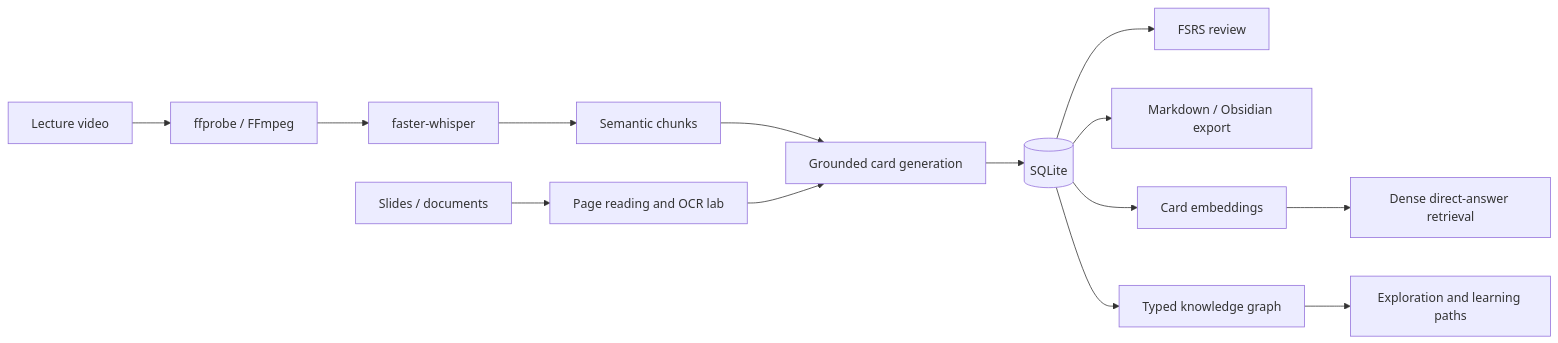
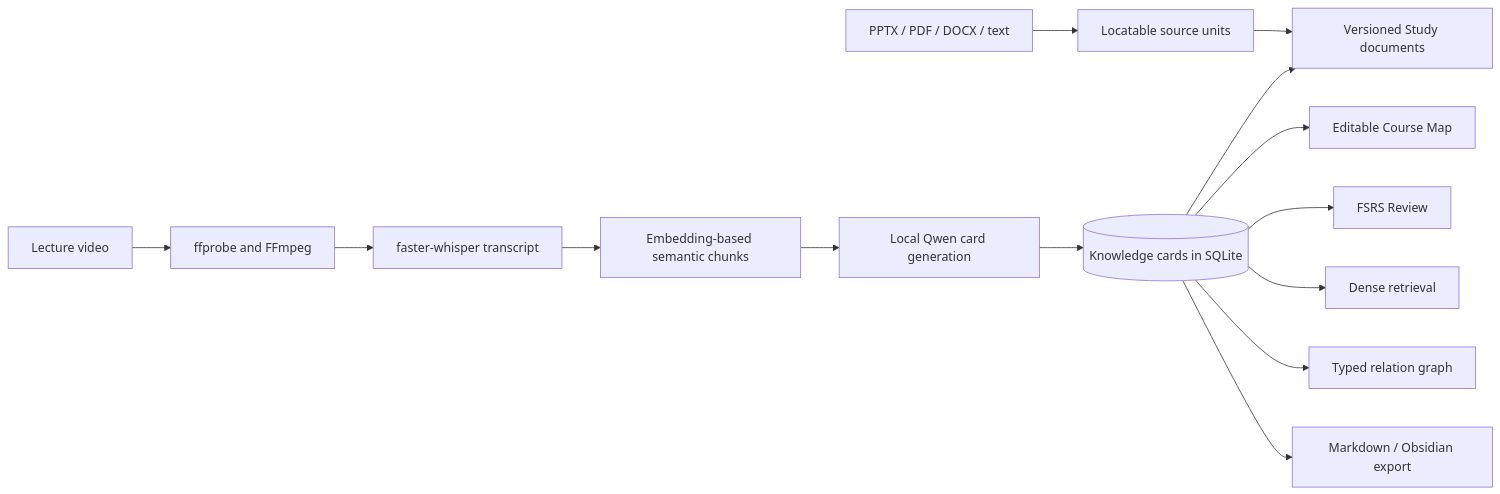
The first of 2 diagrams in README.md (eatoften/Video_Course_Cards), drawn with Mermaid before and after one commit. The commit also changed other lines of this file, not shown here.

````diff
--- a/README.md
+++ b/README.md
@@ -68,16 +108,18 @@
 ```mermaid
 flowchart LR
-    V["Lecture video"] --> P["ffprobe / FFmpeg"]
-    P --> W["faster-whisper"]
-    W --> C["Semantic chunks"]
-    S["Slides / documents"] --> M["Page reading and OCR lab"]
-    C --> G["Grounded card generation"]
-    M --> G
-    G --> DB[("SQLite")]
-    DB --> R["FSRS review"]
-    DB --> X["Markdown / Obsidian export"]
-    DB --> E["Card embeddings"]
-    E --> D["Dense direct-answer retrieval"]
-    DB --> K["Typed knowledge graph"]
-    K --> L["Exploration and learning paths"]
+    V["Lecture video"] --> P["ffprobe and FFmpeg"]
+    P --> W["faster-whisper transcript"]
+    W --> C["Embedding-based semantic chunks"]
+    C --> Q["Local Qwen card generation"]
+    Q --> K[("Knowledge cards in SQLite")]
+
+    F["PPTX / PDF / DOCX / text"] --> U["Locatable source units"]
+    U --> S["Versioned Study documents"]
+    K --> S
+
+    K --> M["Editable Course Map"]
+    K --> R["FSRS Review"]
+    K --> D["Dense retrieval"]
+    K --> G["Typed relation graph"]
+    K --> X["Markdown / Obsidian export"]
 ```
````
